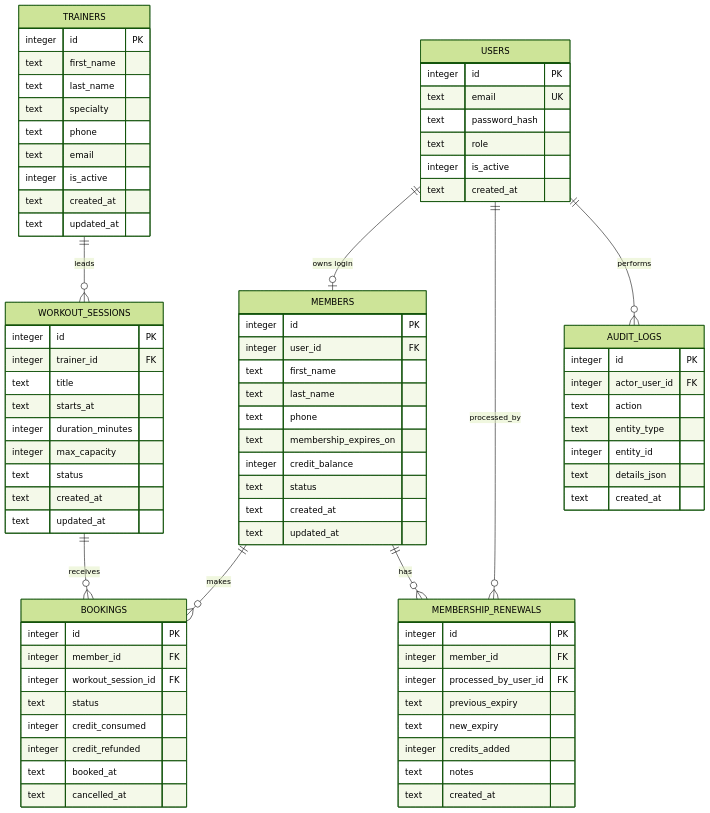
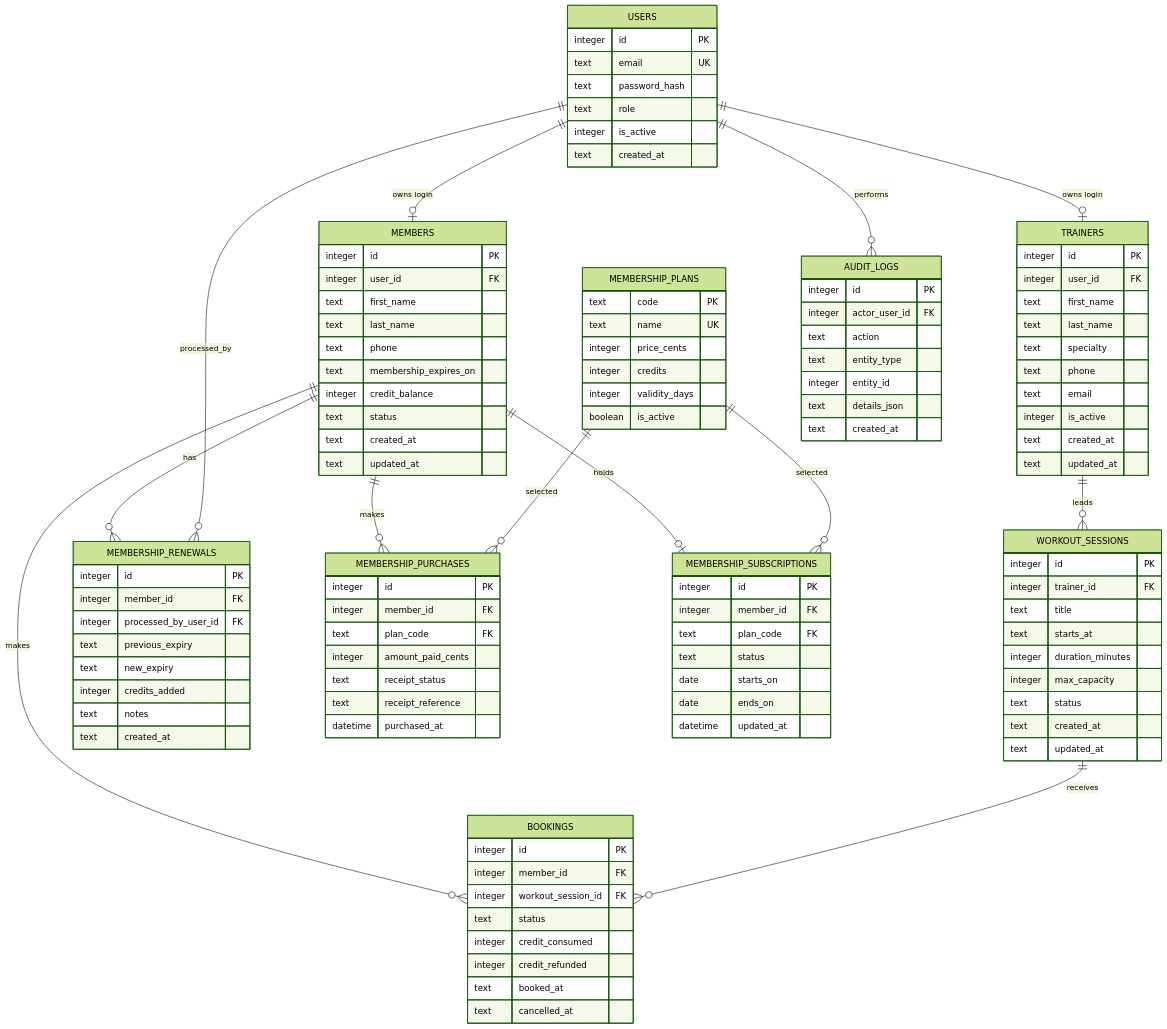
One commit to nofar3366-sys/FINAL-PROJECT changed the diagram in docs/data_model.md. Above: the diagram before and after it, drawn with Mermaid (forest theme). The commit also changed other lines of this file and 66 other files, not shown here.

````diff
--- a/docs/data_model.md
+++ b/docs/data_model.md
@@ -4,10 +4,15 @@
 ```mermaid
 erDiagram
     USERS ||--o| MEMBERS : "owns login"
+    USERS ||--o| TRAINERS : "owns login"
     TRAINERS ||--o{ WORKOUT_SESSIONS : leads
     MEMBERS ||--o{ BOOKINGS : makes
     WORKOUT_SESSIONS ||--o{ BOOKINGS : receives
     MEMBERS ||--o{ MEMBERSHIP_RENEWALS : has
+    MEMBERS ||--o{ MEMBERSHIP_PURCHASES : makes
+    MEMBERS ||--o| MEMBERSHIP_SUBSCRIPTIONS : holds
+    MEMBERSHIP_PLANS ||--o{ MEMBERSHIP_PURCHASES : selected
+    MEMBERSHIP_PLANS ||--o{ MEMBERSHIP_SUBSCRIPTIONS : selected
     USERS ||--o{ MEMBERSHIP_RENEWALS : processed_by
     USERS ||--o{ AUDIT_LOGS : performs
 
@@ -33,6 +38,7 @@
     }
     TRAINERS {
         integer id PK
+        integer user_id FK
         text first_name
         text last_name
         text specialty
@@ -41,6 +47,32 @@
         integer is_active
         text created_at
         text updated_at
+    }
+    MEMBERSHIP_PLANS {
+        text code PK
+        text name UK
+        integer price_cents
+        integer credits
+        integer validity_days
+        boolean is_active
+    }
+    MEMBERSHIP_PURCHASES {
+        integer id PK
+        integer member_id FK
+        text plan_code FK
+        integer amount_paid_cents
+        text receipt_status
+        text receipt_reference
+        datetime purchased_at
+    }
+    MEMBERSHIP_SUBSCRIPTIONS {
+        integer id PK
+        integer member_id FK
+        text plan_code FK
+        text status
+        date starts_on
+        date ends_on
+        datetime updated_at
     }
     WORKOUT_SESSIONS {
         integer id PK
````
